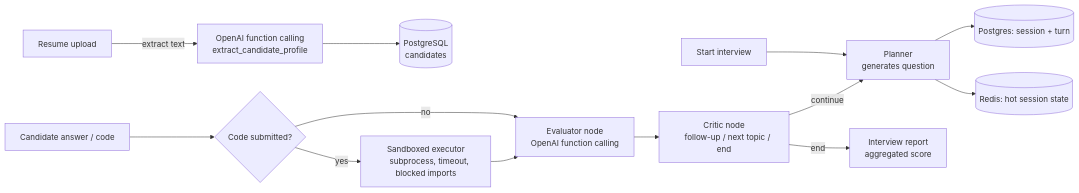
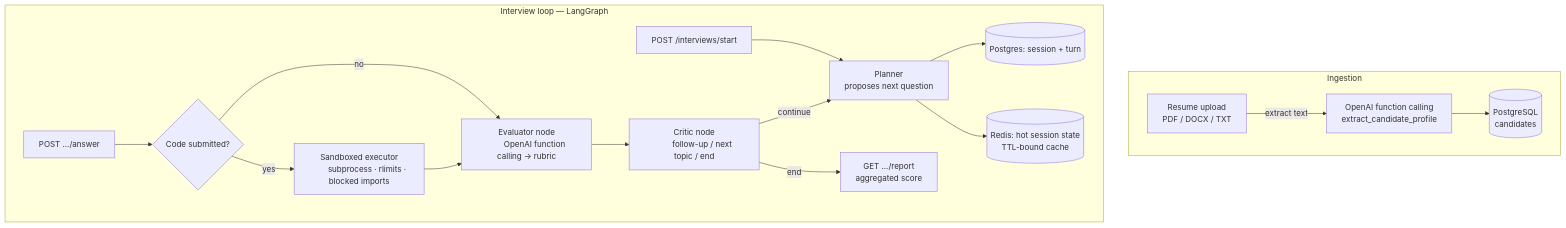
One commit to ThakurPradeepRawat/Interviewer changed the diagram in README.md. Above: the diagram before and after it, drawn with Mermaid. The commit also changed other lines of this file, not shown here.

````diff
--- a/README.md
+++ b/README.md
@@ -10,24 +50,30 @@
 ```mermaid
-flowchart LR
-    A[Resume upload] -->|extract text| B[OpenAI function calling
-    extract_candidate_profile]
-    B --> C[(PostgreSQL
-    candidates)]
+flowchart TB
+    subgraph Ingestion
+        A[Resume upload
+        PDF / DOCX / TXT] -->|extract text| B[OpenAI function calling
+        extract_candidate_profile]
+        B --> C[(PostgreSQL
+        candidates)]
+    end
 
-    D[Start interview] --> E[Planner
-    generates question]
-    E --> F[(Postgres: session + turn)]
-    E --> G[(Redis: hot session state)]
+    subgraph "Interview loop — LangGraph"
+        D[POST /interviews/start] --> E[Planner
+        proposes next question]
+        E --> F[(Postgres: session + turn)]
+        E --> G[(Redis: hot session state
+        TTL-bound cache)]
 
-    H[Candidate answer / code] --> I{Code submitted?}
-    I -->|yes| J[Sandboxed executor
-    subprocess, timeout, blocked imports]
-    I -->|no| K[Evaluator node
-    OpenAI function calling]
-    J --> K
-    K --> L[Critic node
-    follow-up / next topic / end]
-    L -->|continue| E
-    L -->|end| M[Interview report
-    aggregated score]
+        H[POST .../answer] --> I{Code submitted?}
+        I -->|yes| J[Sandboxed executor
+        subprocess · rlimits · blocked imports]
+        I -->|no| K[Evaluator node
+        OpenAI function calling → rubric]
+        J --> K
+        K --> L[Critic node
+        follow-up / next topic / end]
+        L -->|continue| E
+        L -->|end| M[GET .../report
+        aggregated score]
+    end
 ```
````
